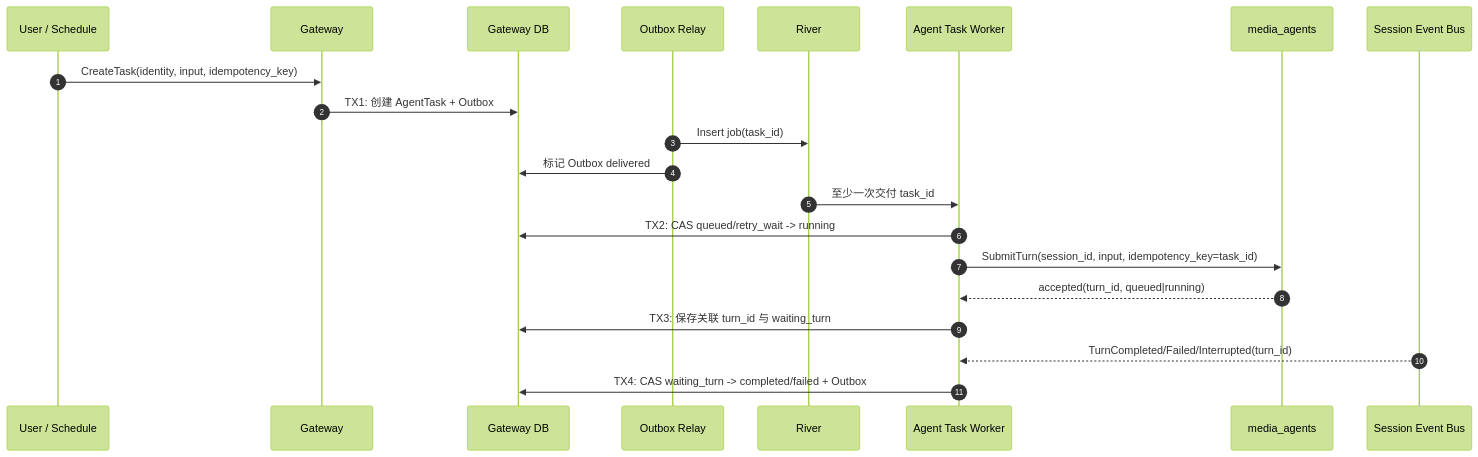
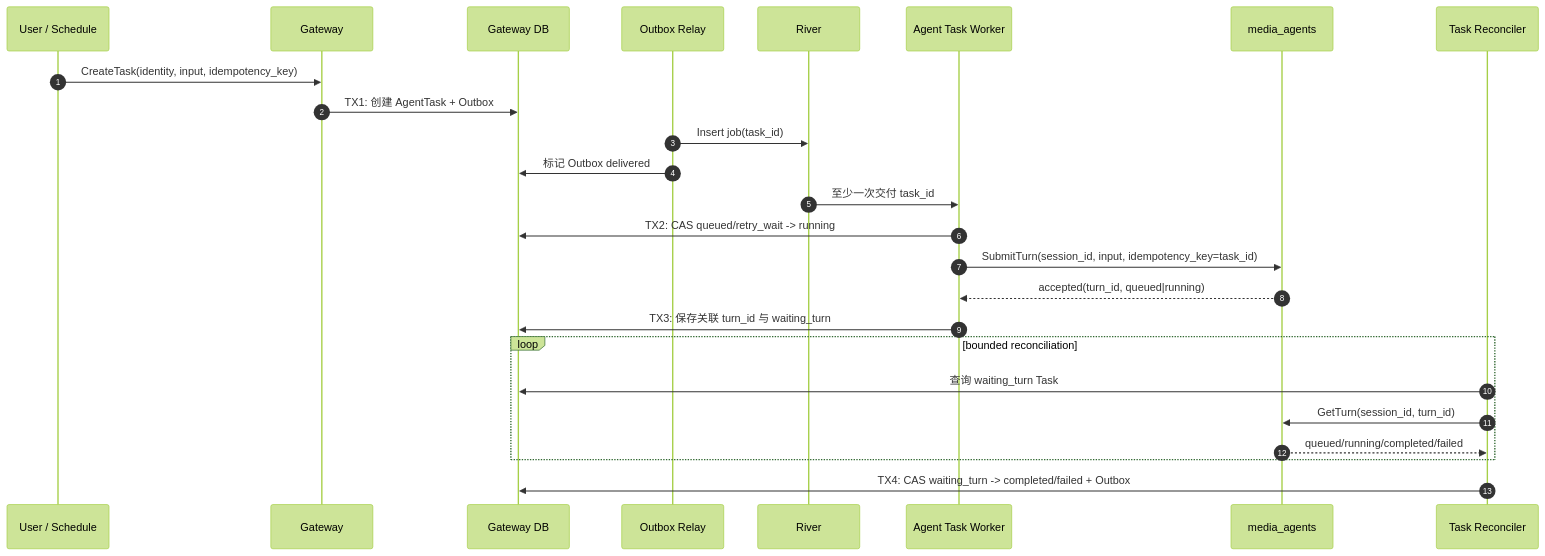
Before and after one commit to hotttao/media_agent: the diagram in docs/ddd/media_agent_gateway/workflow/0002-agent_task_dispatch/agent_task_dispatch.md, drawn with Mermaid (forest theme). The commit also changed other lines of this file and 30 other files, not shown here.

````diff
--- a/docs/ddd/media_agent_gateway/workflow/0002-agent_task_dispatch/agent_task_dispatch.md
+++ b/docs/ddd/media_agent_gateway/workflow/0002-agent_task_dispatch/agent_task_dispatch.md
@@ -30,24 +30,28 @@
 ```mermaid
 sequenceDiagram
     autonumber
     participant U as User / Schedule
     participant G as Gateway
     participant DB as Gateway DB
     participant O as Outbox Relay
     participant Q as River
     participant W as Agent Task Worker
     participant A as media_agents
-    participant B as Session Event Bus
+    participant C as Task Reconciler
 
     U->>G: CreateTask(identity, input, idempotency_key)
     G->>DB: TX1: 创建 AgentTask + Outbox
     O->>Q: Insert job(task_id)
     O->>DB: 标记 Outbox delivered
     Q->>W: 至少一次交付 task_id
     W->>DB: TX2: CAS queued/retry_wait -> running
     W->>A: SubmitTurn(session_id, input, idempotency_key=task_id)
     A-->>W: accepted(turn_id, queued|running)
     W->>DB: TX3: 保存关联 turn_id 与 waiting_turn
-    B-->>W: TurnCompleted/Failed/Interrupted(turn_id)
-    W->>DB: TX4: CAS waiting_turn -> completed/failed + Outbox
+    loop bounded reconciliation
+        C->>DB: 查询 waiting_turn Task
+        C->>A: GetTurn(session_id, turn_id)
+        A-->>C: queued/running/completed/failed
+    end
+    C->>DB: TX4: CAS waiting_turn -> completed/failed + Outbox
 ```
````
